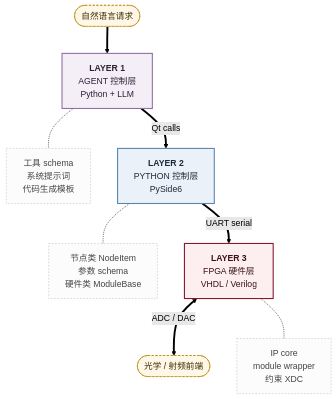
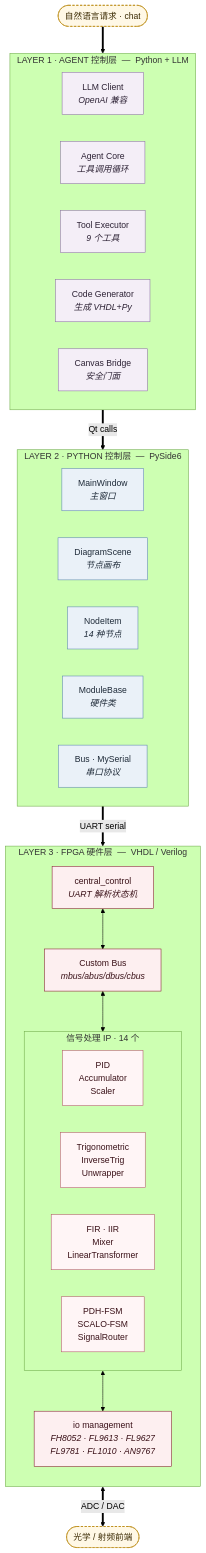
Before and after one commit to Mashiromaster/FPGA_Agent: the first of 7 diagrams in README.md, drawn with Mermaid (forest theme). The commit also changed other lines of this file, not shown here.

````diff
--- a/README.md
+++ b/README.md
@@ -12,36 +12,62 @@
 ```mermaid
 flowchart TB
-    USER(["自然语言请求"])
+    USER(["自然语言请求 · chat"])
 
-    L1["<b>LAYER 1</b><br/>AGENT 控制层<br/>Python + LLM"]
-    L1D["工具 schema<br/>系统提示词<br/>代码生成模板"]
+    subgraph LAYER1["&nbsp;&nbsp;LAYER 1 · AGENT 控制层 &nbsp;—&nbsp; Python + LLM&nbsp;&nbsp;"]
+        direction LR
+        A2["LLM Client<br/><i>OpenAI 兼容</i>"]
+        A1["Agent Core<br/><i>工具调用循环</i>"]
+        A3["Tool Executor<br/><i>9 个工具</i>"]
+        A4["Code Generator<br/><i>生成 VHDL+Py</i>"]
+        A5["Canvas Bridge<br/><i>安全门面</i>"]
 
-    L2["<b>LAYER 2</b><br/>PYTHON 控制层<br/>PySide6"]
-    L2D["节点类 NodeItem<br/>参数 schema<br/>硬件类 ModuleBase"]
+    end
 
-    L3["<b>LAYER 3</b><br/>FPGA 硬件层<br/>VHDL / Verilog"]
-    L3D["IP core<br/>module wrapper<br/>约束 XDC"]
+    subgraph LAYER2["&nbsp;&nbsp;LAYER 2 · PYTHON 控制层 &nbsp;—&nbsp; PySide6&nbsp;&nbsp;"]
+        direction LR
+        P1["MainWindow<br/><i>主窗口</i>"]
+        P2["DiagramScene<br/><i>节点画布</i>"]
+        P3["NodeItem<br/><i>14 种节点</i>"]
+        P4["ModuleBase<br/><i>硬件类</i>"]
+        P5["Bus · MySerial<br/><i>串口协议</i>"]
+    end
+
+    subgraph LAYER3["&nbsp;&nbsp;LAYER 3 · FPGA 硬件层 &nbsp;—&nbsp; VHDL / Verilog&nbsp;&nbsp;"]
+        direction TB
+        H1["central_control<br/><i>UART 解析状态机</i>"]
+        H2["Custom Bus<br/><i>mbus/abus/dbus/cbus</i>"]
+
+        subgraph IPS["&nbsp;信号处理 IP · 14 个&nbsp;"]
+            direction LR
+            I1["PID<br/>Accumulator<br/>Scaler"]
+            I2["Trigonometric<br/>InverseTrig<br/>Unwrapper"]
+            I3["FIR · IIR<br/>Mixer<br/>LinearTransformer"]
+            I4["PDH-FSM<br/>SCALO-FSM<br/>SignalRouter"]
+        end
+
+        H3["io management<br/><i>FH8052 · FL9613 · FL9627<br/>FL9781 · FL1010 · AN9767</i>"]
+
+        H1 <--> H2
+        H2 <--> IPS
+        IPS <--> H3
+    end
 
     ANALOG(["光学 / 射频前端"])
 
-    USER ==> L1
-    L1 ==>|"Qt calls"| L2
-    L2 ==>|"UART serial"| L3
-    L3 <==>|"ADC / DAC"| ANALOG
+    USER ==> A1
+    A5 ==>|"Qt calls"| P1
+    P5 ==>|"UART serial"| H1
+    H3 <==>|"ADC / DAC"| ANALOG
 
-    L1 -.- L1D
-    L2 -.- L2D
-    L3 -.- L3D
-
-    classDef l1 fill:#f4eef7,stroke:#8e6fa8,stroke-width:2px,color:#2d2235
-    classDef l2 fill:#eaf1f8,stroke:#5b84b1,stroke-width:2px,color:#1e2a38
-    classDef l3 fill:#fdeff0,stroke:#85172e,stroke-width:2px,color:#3a1118
-    classDef note fill:#fcfcfd,stroke:#bbb,stroke-dasharray:3 3,color:#444
+    classDef l1 fill:#f4eef7,stroke:#8e6fa8,color:#2d2235
+    classDef l2 fill:#eaf1f8,stroke:#5b84b1,color:#1e2a38
+    classDef l3 fill:#fdeff0,stroke:#85172e,color:#3a1118
+    classDef ip fill:#fff5f6,stroke:#b5566b,color:#3a1118
     classDef ext fill:#fff8e6,stroke:#b8860b,stroke-dasharray:4 3,color:#3d2c05
 
-    class L1 l1
-    class L2 l2
-    class L3 l3
-    class L1D,L2D,L3D note
+    class A1,A2,A3,A4,A5 l1
+    class P1,P2,P3,P4,P5 l2
+    class H1,H2,H3 l3
+    class I1,I2,I3,I4 ip
     class USER,ANALOG ext
 ```
````
